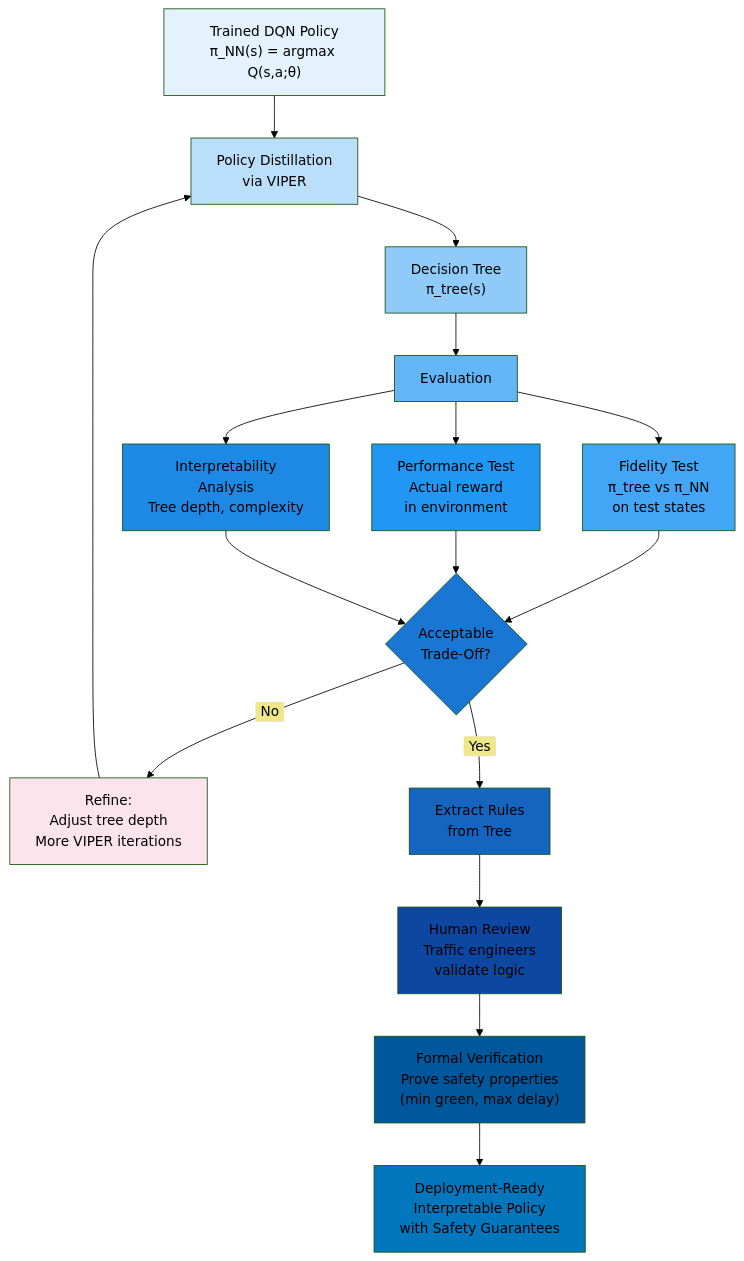
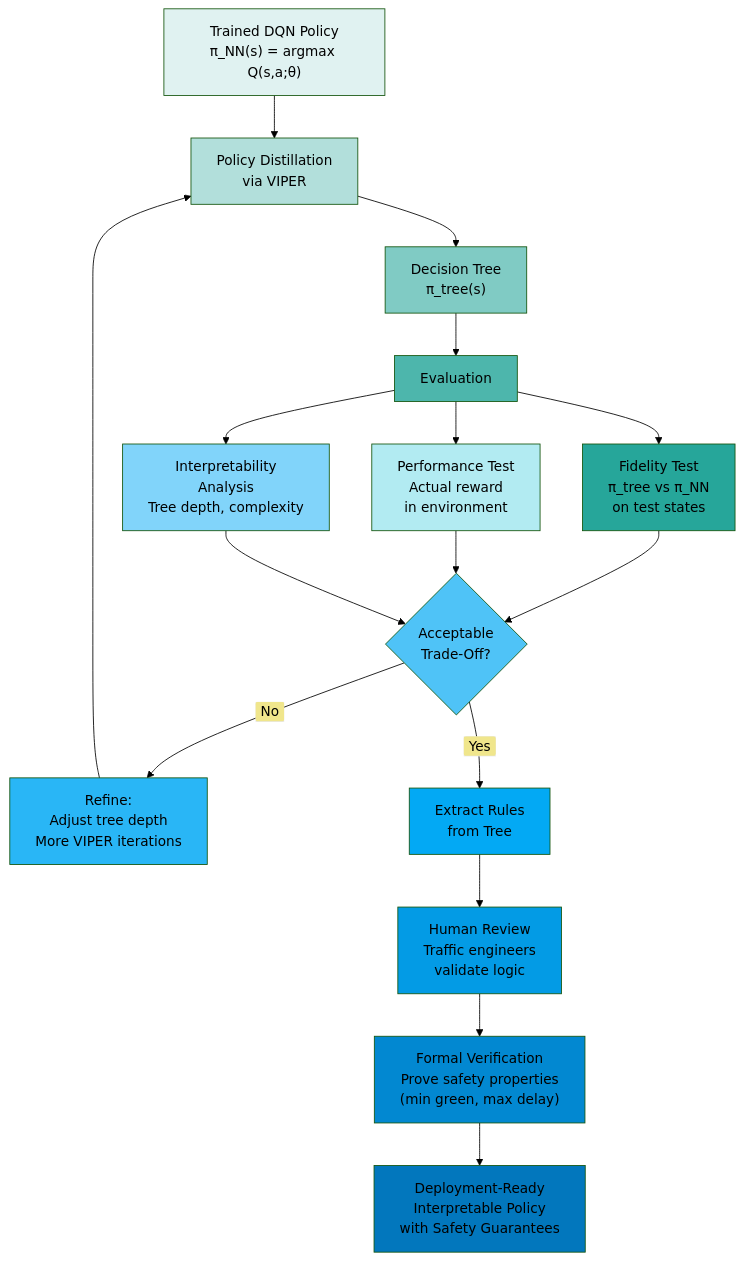
The tenth of 11 diagrams in C_7.md (Chaklader/DPRL-Value-based-methods), drawn with Mermaid (forest theme) before and after one commit. The commit also changed other lines of this file, not shown here.

````diff
--- a/C_7.md
+++ b/C_7.md
@@ -2352,41 +2353,41 @@
 ```mermaid
 flowchart TD
     A["Trained DQN Policy<br>π_NN(s) = argmax Q(s,a;θ)"] --> B["Policy Distillation<br>via VIPER"]
 
     B --> C["Decision Tree<br>π_tree(s)"]
 
     C --> D["Evaluation"]
 
     D --> D1["Fidelity Test<br>π_tree vs π_NN<br>on test states"]
     D --> D2["Performance Test<br>Actual reward<br>in environment"]
     D --> D3["Interpretability<br>Analysis<br>Tree depth, complexity"]
 
     D1 --> E{"Acceptable<br>Trade-Off?"}
     D2 --> E
     D3 --> E
 
     E -->|<span style='background-color:khaki; color:black; padding:2px 6px; border-radius:3px'>No</span>| F["Refine:<br>Adjust tree depth<br>More VIPER iterations"]
     F --> B
 
     E -->|<span style='background-color:khaki; color:black; padding:2px 6px; border-radius:3px'>Yes</span>| G["Extract Rules<br>from Tree"]
 
     G --> H["Human Review<br>Traffic engineers<br>validate logic"]
 
     H --> I["Formal Verification<br>Prove safety properties<br>(min green, max delay)"]
 
     I --> J["Deployment-Ready<br>Interpretable Policy<br>with Safety Guarantees"]
 
-    style A fill:#E3F2FD
-    style B fill:#BBDEFB
-    style C fill:#90CAF9
-    style D fill:#64B5F6
-    style D1 fill:#42A5F5
-    style D2 fill:#2196F3
-    style D3 fill:#1E88E5
-    style E fill:#1976D2
-    style F fill:#FCE4EC
-    style G fill:#1565C0
-    style H fill:#0D47A1
-    style I fill:#01579B
+    style A fill:#E0F2F1
+    style B fill:#B2DFDB
+    style C fill:#80CBC4
+    style D fill:#4DB6AC
+    style D1 fill:#26A69A
+    style D2 fill:#B2EBF2
+    style D3 fill:#81D4FA
+    style E fill:#4FC3F7
+    style F fill:#29B6F6
+    style G fill:#03A9F4
+    style H fill:#039BE5
+    style I fill:#0288D1
     style J fill:#0277BD
 ```
````
